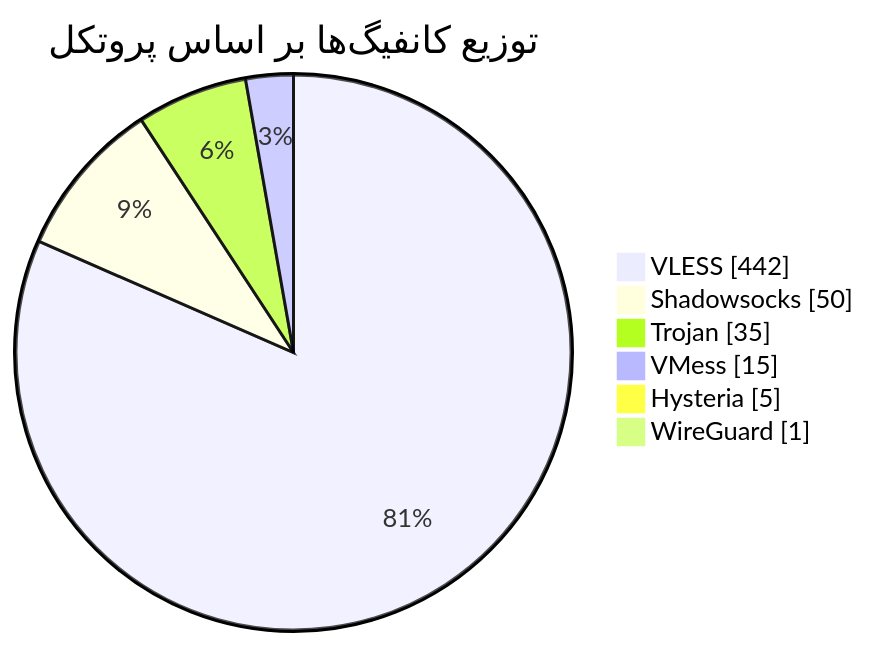
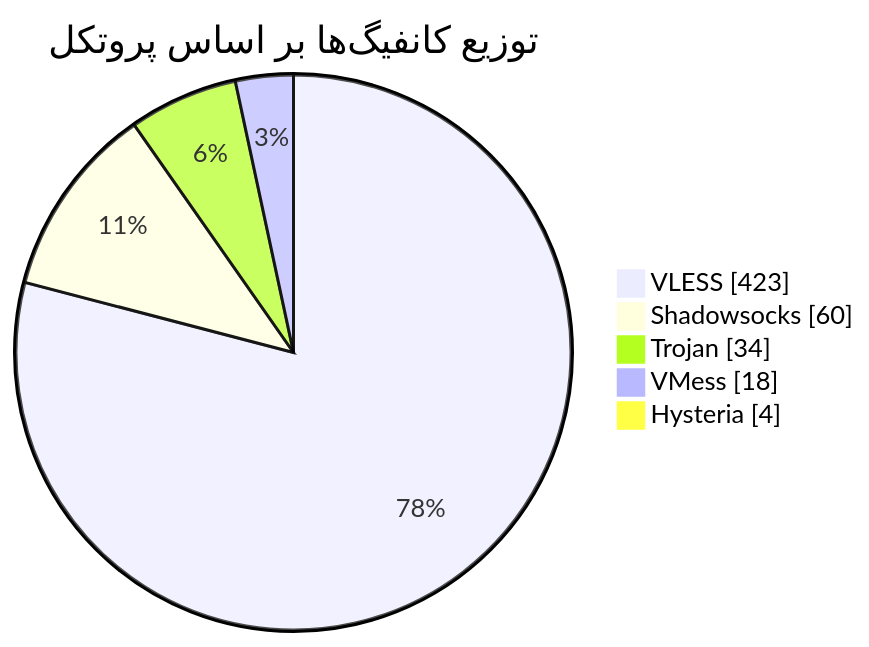
One commit to Arian-Alijani/Somthing changed the diagram in README.md. Above: the diagram before and after it, drawn with Mermaid. The commit also changed other lines of this file and 75 other files, not shown here.

````diff
--- a/README.md
+++ b/README.md
@@ -48,10 +47,9 @@
 ```mermaid
 pie showData
     title توزیع کانفیگ‌ها بر اساس پروتکل
-    "VLESS" : 442
-    "Shadowsocks" : 50
-    "Trojan" : 35
-    "VMess" : 15
-    "Hysteria" : 5
-    "WireGuard" : 1
+    "VLESS" : 423
+    "Shadowsocks" : 60
+    "Trojan" : 34
+    "VMess" : 18
+    "Hysteria" : 4
 ```
````
